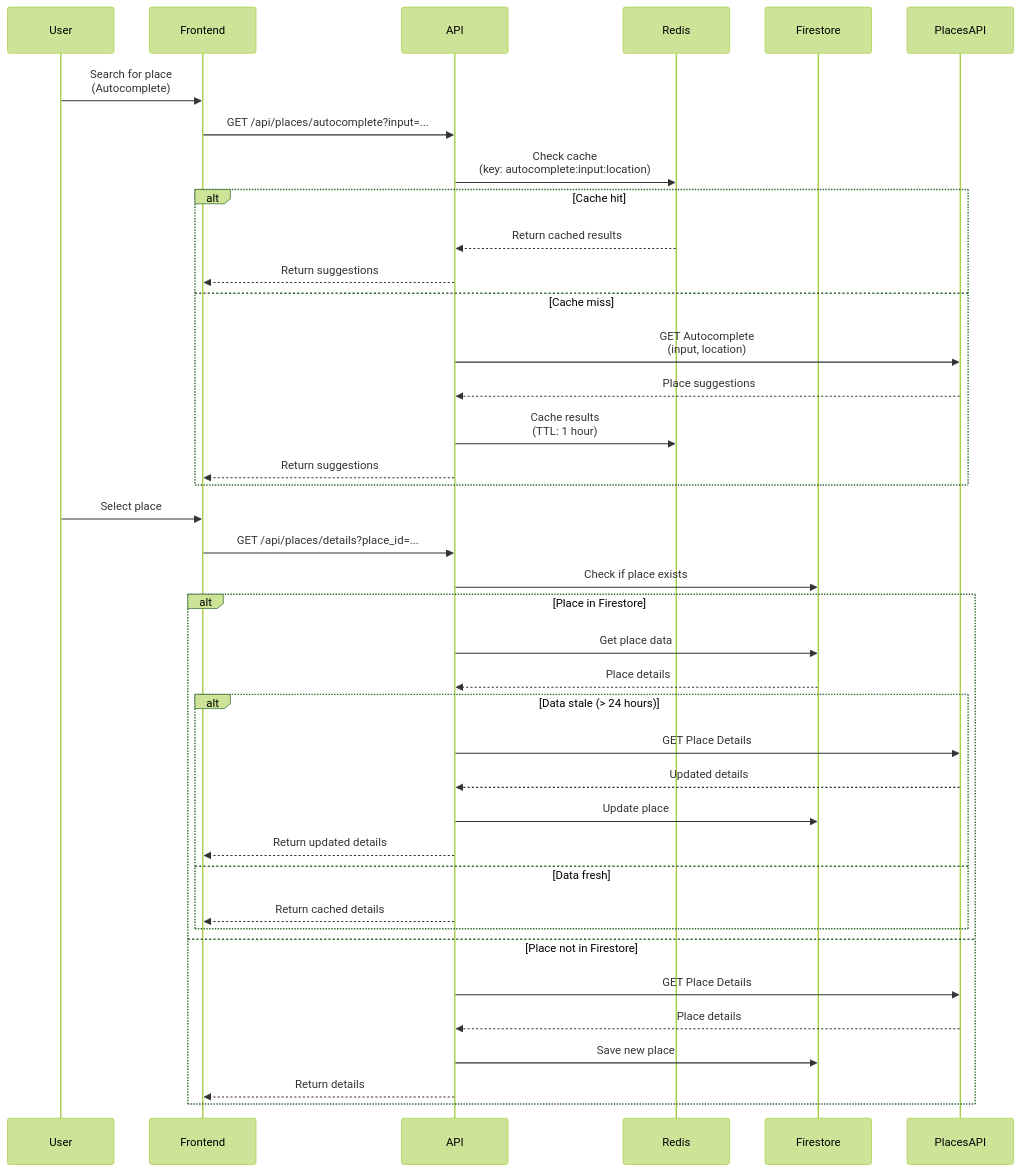
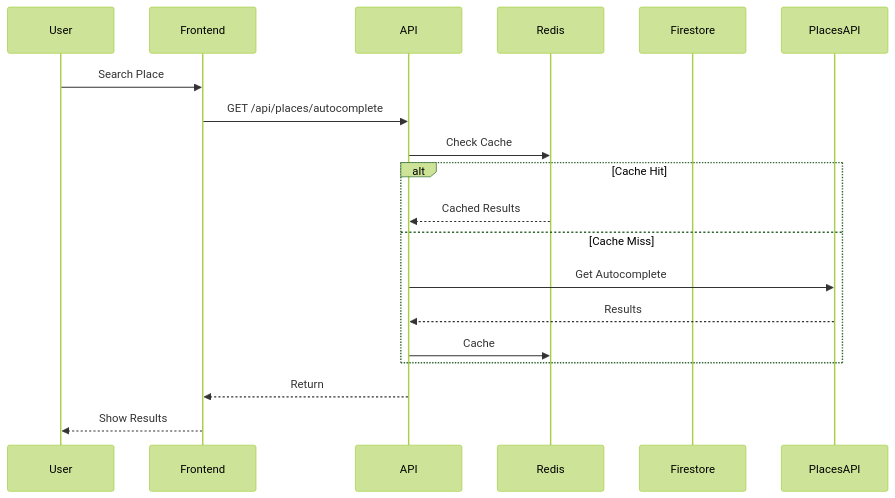
One commit to nvtank/AI_Assistant_DN changed the third of 8 diagrams in docs/future/07-Future-Data-Flow.md. Above: the diagram before and after it, drawn with Mermaid (forest theme). The commit also changed other lines of this file and 3 other files, not shown here.

````diff
--- a/docs/future/07-Future-Data-Flow.md
+++ b/docs/future/07-Future-Data-Flow.md
@@ -114,47 +79,22 @@
 ```mermaid
 sequenceDiagram
     participant User
     participant Frontend
     participant API
     participant Redis
     participant Firestore
     participant PlacesAPI
     
-    User->>Frontend: Search for place<br/>(Autocomplete)
-    Frontend->>API: GET /api/places/autocomplete?input=...
-    API->>Redis: Check cache<br/>(key: autocomplete:input:location)
-    
-    alt Cache hit
-        Redis-->>API: Return cached results
-        API-->>Frontend: Return suggestions
-    else Cache miss
-        API->>PlacesAPI: GET Autocomplete<br/>(input, location)
-        PlacesAPI-->>API: Place suggestions
-        
-        API->>Redis: Cache results<br/>(TTL: 1 hour)
-        API-->>Frontend: Return suggestions
+    User->>Frontend: Search Place
+    Frontend->>API: GET /api/places/autocomplete
+    API->>Redis: Check Cache
+    alt Cache Hit
+        Redis-->>API: Cached Results
+    else Cache Miss
+        API->>PlacesAPI: Get Autocomplete
+        PlacesAPI-->>API: Results
+        API->>Redis: Cache
     end
-    
-    User->>Frontend: Select place
-    Frontend->>API: GET /api/places/details?place_id=...
-    API->>Firestore: Check if place exists
-    
-    alt Place in Firestore
-        API->>Firestore: Get place data
-        Firestore-->>API: Place details
-        
-        alt Data stale (> 24 hours)
-            API->>PlacesAPI: GET Place Details
-            PlacesAPI-->>API: Updated details
-            API->>Firestore: Update place
-            API-->>Frontend: Return updated details
-        else Data fresh
-            API-->>Frontend: Return cached details
-        end
-    else Place not in Firestore
-        API->>PlacesAPI: GET Place Details
-        PlacesAPI-->>API: Place details
-        API->>Firestore: Save new place
-        API-->>Frontend: Return details
-    end
+    API-->>Frontend: Return
+    Frontend-->>User: Show Results
 ```
````
